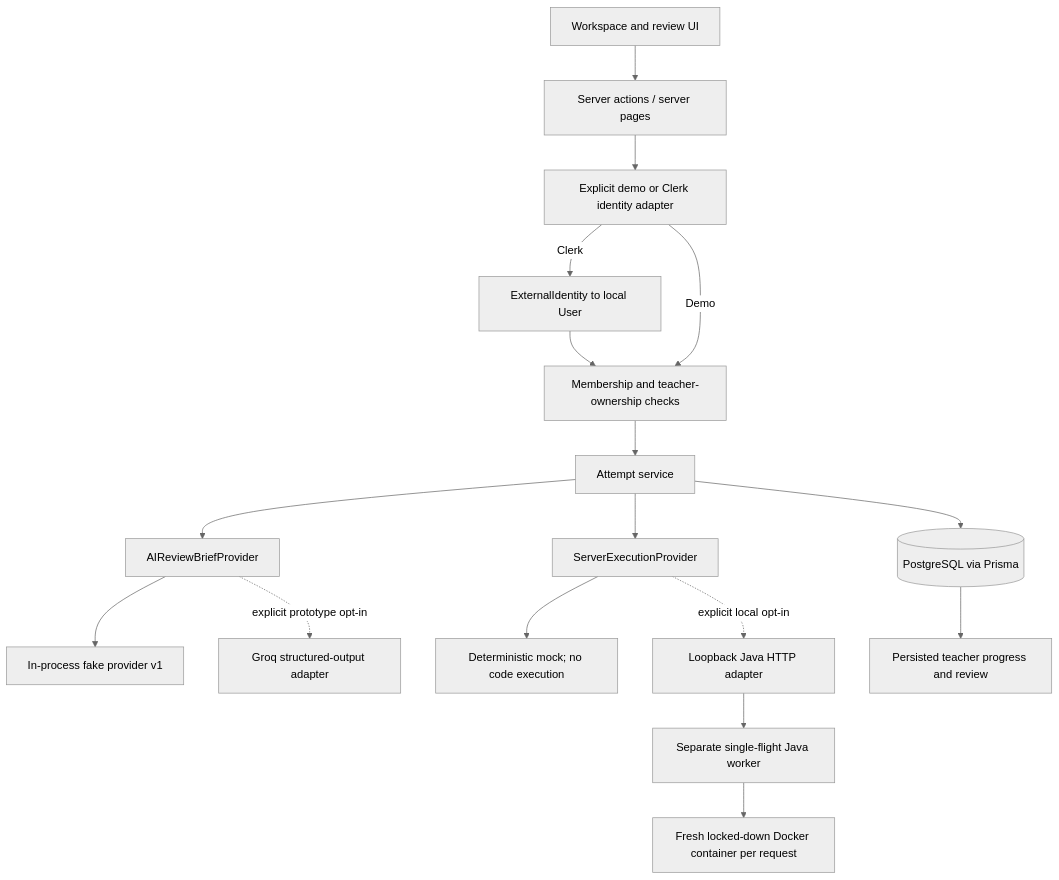
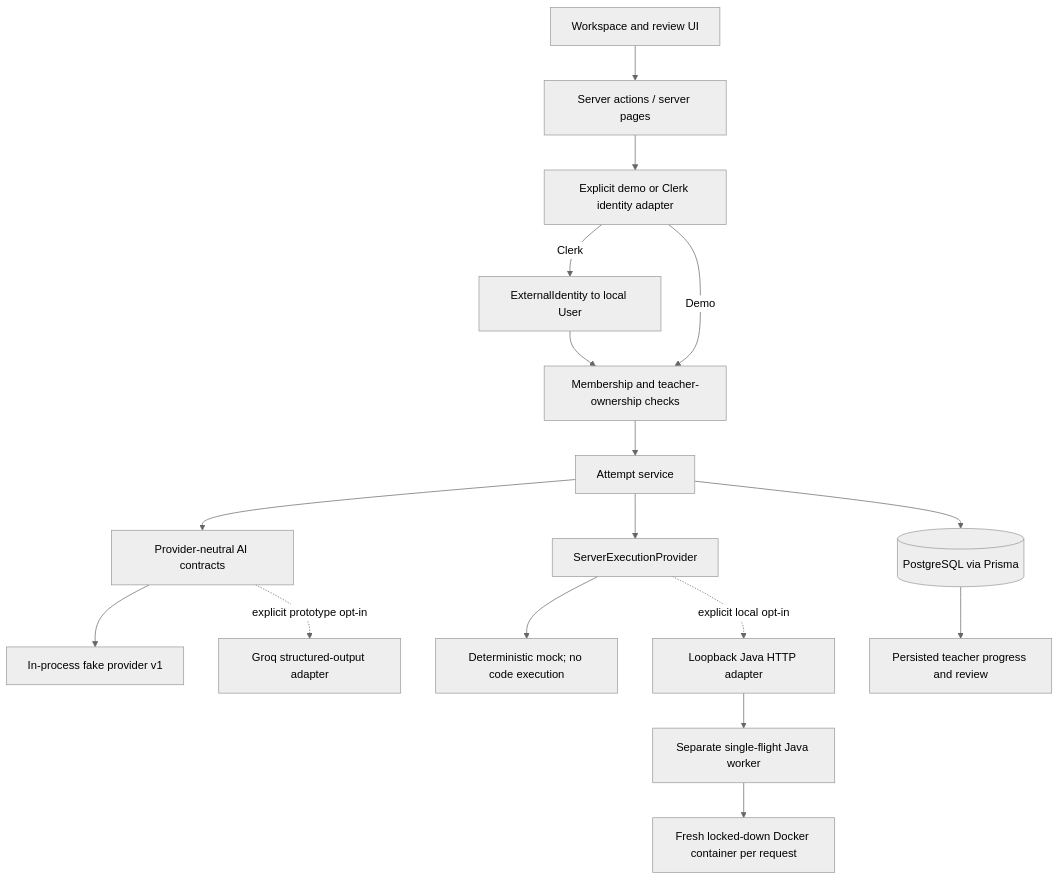
Before and after one commit to Tanishk1989/Labrix: the first of 2 diagrams in docs/04-ARCHITECTURE.md, drawn with Mermaid (neutral theme). The commit also changed other lines of this file and 22 other files, not shown here.

````diff
--- a/docs/04-ARCHITECTURE.md
+++ b/docs/04-ARCHITECTURE.md
@@ -7,19 +7,19 @@
 ```mermaid
 flowchart TB
   UI["Workspace and review UI"] --> A["Server actions / server pages"]
   A --> ID["Explicit demo or Clerk identity adapter"]
   ID -->|"Clerk"| MAP["ExternalIdentity to local User"]
   MAP --> AUTHZ
   ID -->|"Demo"| AUTHZ["Membership and teacher-ownership checks"]
   AUTHZ --> SVC["Attempt service"]
   SVC --> DB[("PostgreSQL via Prisma")]
   SVC --> EP["ServerExecutionProvider"]
-  SVC --> AIP["AIReviewBriefProvider"]
+  SVC --> AIP["Provider-neutral AI contracts"]
   AIP --> FAKEAI["In-process fake provider v1"]
   AIP -. "explicit prototype opt-in" .-> GROQ["Groq structured-output adapter"]
   EP --> MOCK["Deterministic mock; no code execution"]
   EP -. "explicit local opt-in" .-> JHTTP["Loopback Java HTTP adapter"]
   JHTTP --> WORKER["Separate single-flight Java worker"]
   WORKER --> DOCKER["Fresh locked-down Docker container per request"]
   DB --> REVIEW["Persisted teacher progress and review"]
 ```
````
